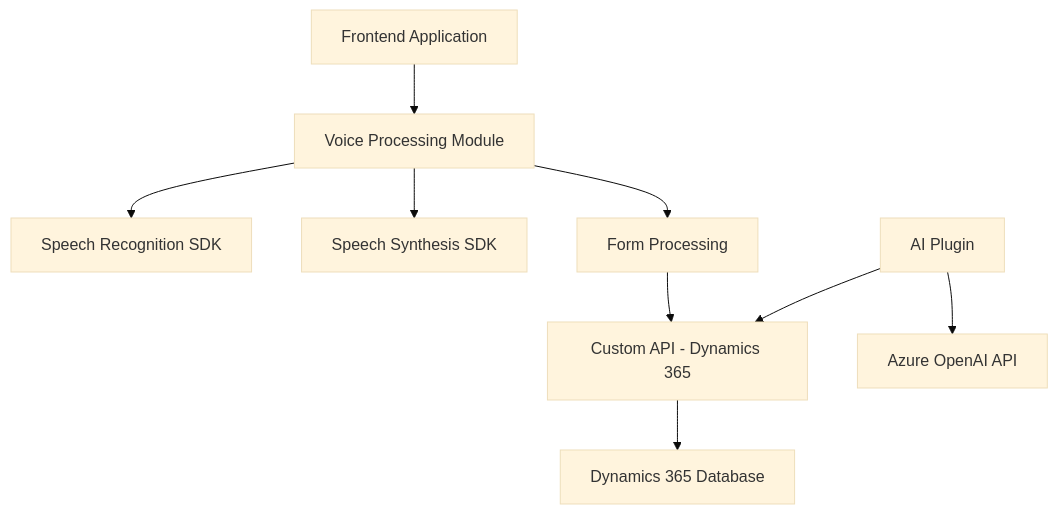
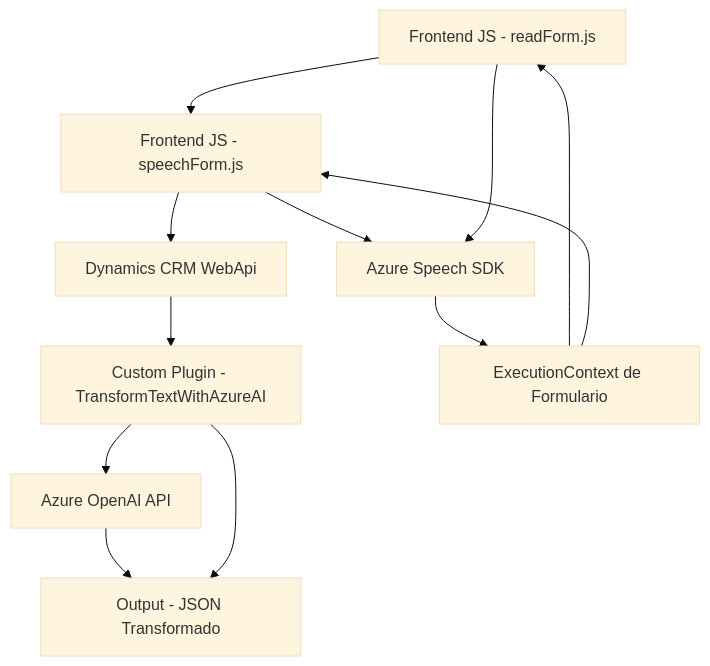
Before and after one commit to blopezdm/NETCORE_BILBAO2025: the diagram in README.md, drawn with Mermaid (base theme). The commit also changed other lines of this file, not shown here.

````diff
--- a/README.md
+++ b/README.md
@@ -28,21 +41,14 @@
 ```mermaid
 graph TD
-    A["Frontend Application"]
-    B["Voice Processing Module"]
-    C["Speech Recognition SDK"]
-    D["Custom API - Dynamics 365"]
-    E["Speech Synthesis SDK"]
-    F["Form Processing"]
-    G["AI Plugin"]
-    H["Azure OpenAI API"]
-    I["Dynamics 365 Database"]
-    
-    A --> B
-    B --> C
-    B --> E
-    B --> F
-    F --> D
-    D --> I
-    G --> H
-    G --> D
+    A[Frontend JS - readForm.js] --> B[Frontend JS - speechForm.js]
+    B --> C[Azure Speech SDK]
+    A --> C
+    B --> D["Dynamics CRM WebApi"]
+    D --> E[Custom Plugin - TransformTextWithAzureAI]
+    E --> F[Azure OpenAI API]
+    C --> G["ExecutionContext de Formulario"]
+    G --> A
+    G --> B
+    F --> H["Output - JSON Transformado"]
+    E --> H
 ```
````
